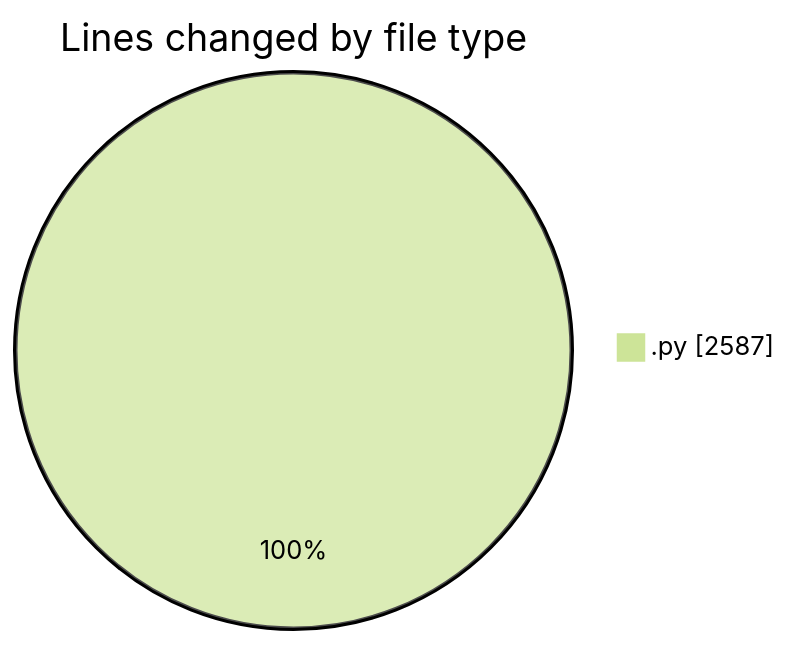
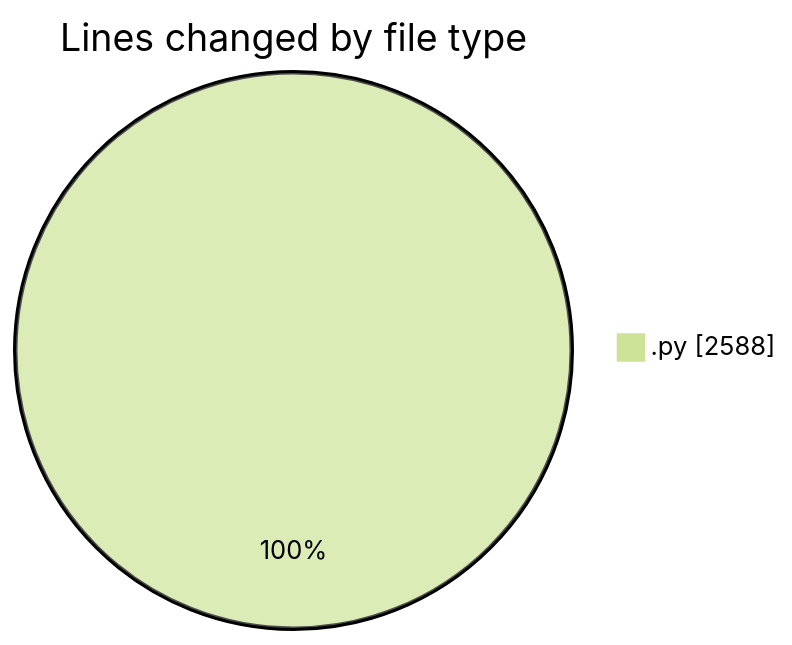
One commit to julien-gomy/code-tracking changed the first of 2 diagrams in 2025-11-21/eventscop-api-guide__workspace_/README.md. Above: the diagram before and after it, drawn with Mermaid (forest theme). The commit also changed other lines of this file and 1 other file, not shown here.

````diff
--- a/2025-11-21/eventscop-api-guide__workspace_/README.md
+++ b/2025-11-21/eventscop-api-guide__workspace_/README.md
@@ -30,5 +31,5 @@
 ```mermaid
 pie showData
 title Lines changed by file type
-".py" : 2587
+".py" : 2588
 ```
````
